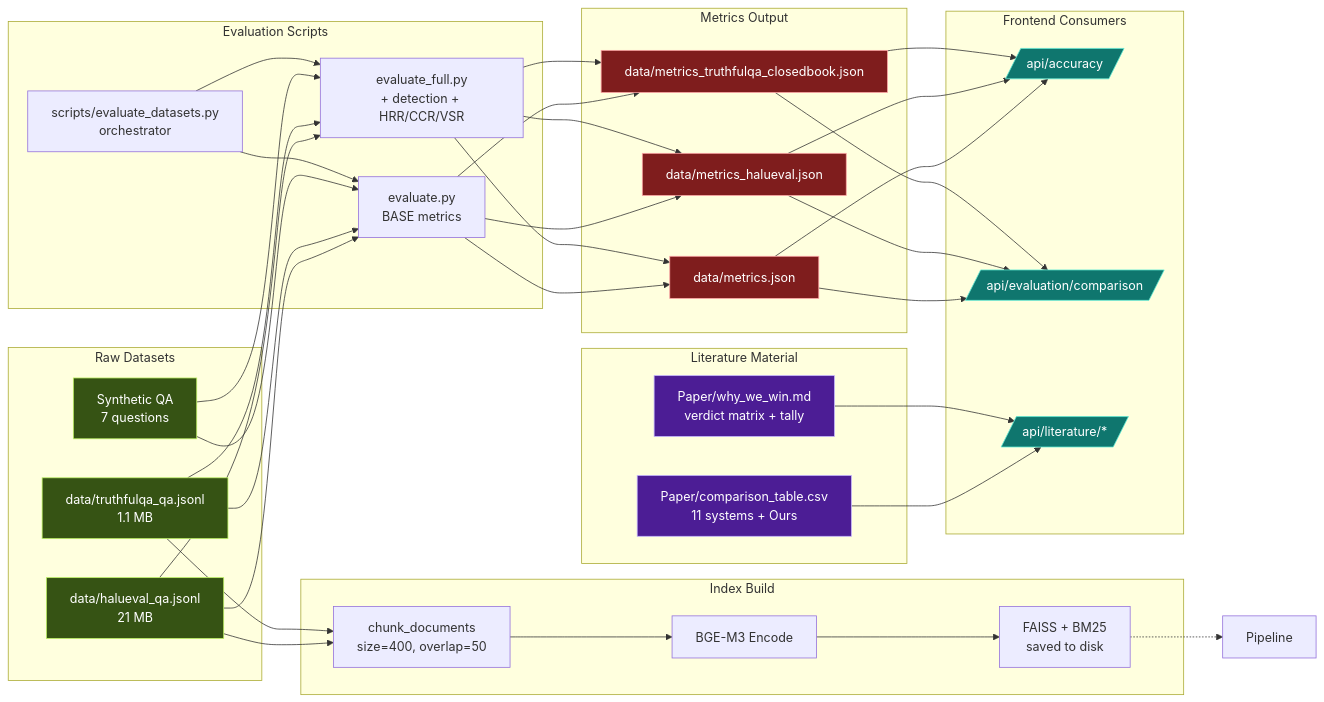
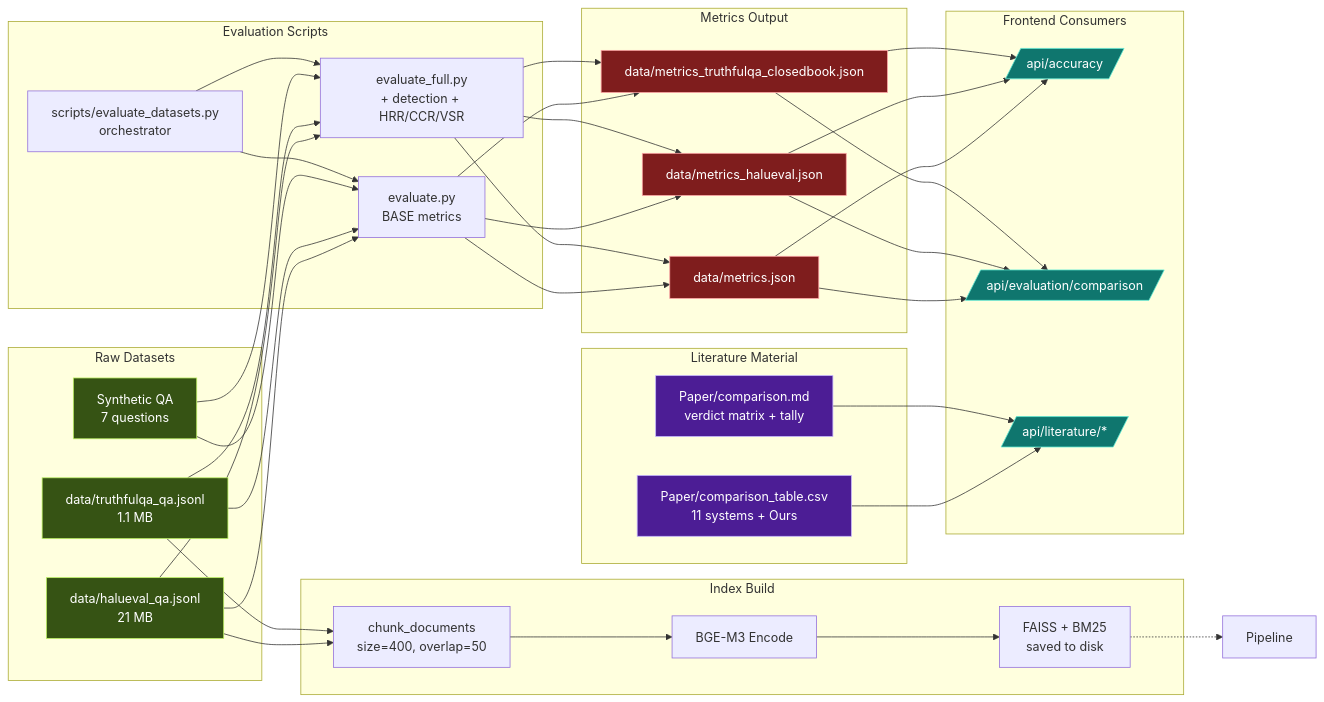
Before and after one commit to ShihabHassanNaim/Hallucination-Mitigation: the seventh of 9 diagrams in architecture.md, drawn with Mermaid. The commit also changed other lines of this file and 17 other files, not shown here.

````diff
--- a/architecture.md
+++ b/architecture.md
@@ -420,64 +420,64 @@
 ```mermaid
 flowchart LR
     subgraph DATASETS[Raw Datasets]
         D1[data/halueval_qa.jsonl<br/>21 MB]
         D2[data/truthfulqa_qa.jsonl<br/>1.1 MB]
         D3[Synthetic QA<br/>7 questions]
     end
 
     subgraph INDEX_BLD[Index Build]
         I1[chunk_documents<br/>size=400, overlap=50]
         I2[BGE-M3 Encode]
         I3[FAISS + BM25<br/>saved to disk]
     end
 
     subgraph EVAL[Evaluation Scripts]
         E1[evaluate.py<br/>BASE metrics]
         E2[evaluate_full.py<br/>+ detection + HRR/CCR/VSR]
         E3[scripts/evaluate_datasets.py<br/>orchestrator]
     end
 
     subgraph METRICS_OUT[Metrics Output]
         M1[data/metrics.json]
         M2[data/metrics_halueval.json]
         M3[data/metrics_truthfulqa_closedbook.json]
     end
 
     subgraph FRONTEND_USE[Frontend Consumers]
         F1[/api/accuracy/]
         F2[/api/evaluation/comparison/]
         F3[/api/literature/*/]
     end
 
     subgraph LIT[Literature Material]
         L1[Paper/comparison_table.csv<br/>11 systems + Ours]
-        L2[Paper/why_we_win.md<br/>verdict matrix + tally]
+        L2[Paper/comparison.md<br/>verdict matrix + tally]
     end
 
     D1 & D2 & D3 --> E1
     D1 & D2 & D3 --> E2
     E1 --> M1
     E1 --> M2
     E1 --> M3
     E2 --> M2 & M3
     E2 --> M1
     E3 --> E1 & E2
 
     D1 & D2 --> I1
     I1 --> I2
     I2 --> I3
     I3 -.-> PIPE[Pipeline]
 
     M1 & M2 & M3 --> F1
     M1 & M2 & M3 --> F2
     L1 & L2 --> F3
 
     classDef data fill:#365314,stroke:#bef264,color:#fff
     classDef metric fill:#7f1d1d,stroke:#fca5a5,color:#fff
     classDef lit fill:#4c1d95,stroke:#c4b5fd,color:#fff
     classDef front fill:#0f766e,stroke:#5eead4,color:#fff
     class D1,D2,D3 data
     class M1,M2,M3 metric
     class L1,L2 lit
     class F1,F2,F3 front
 ```
````
